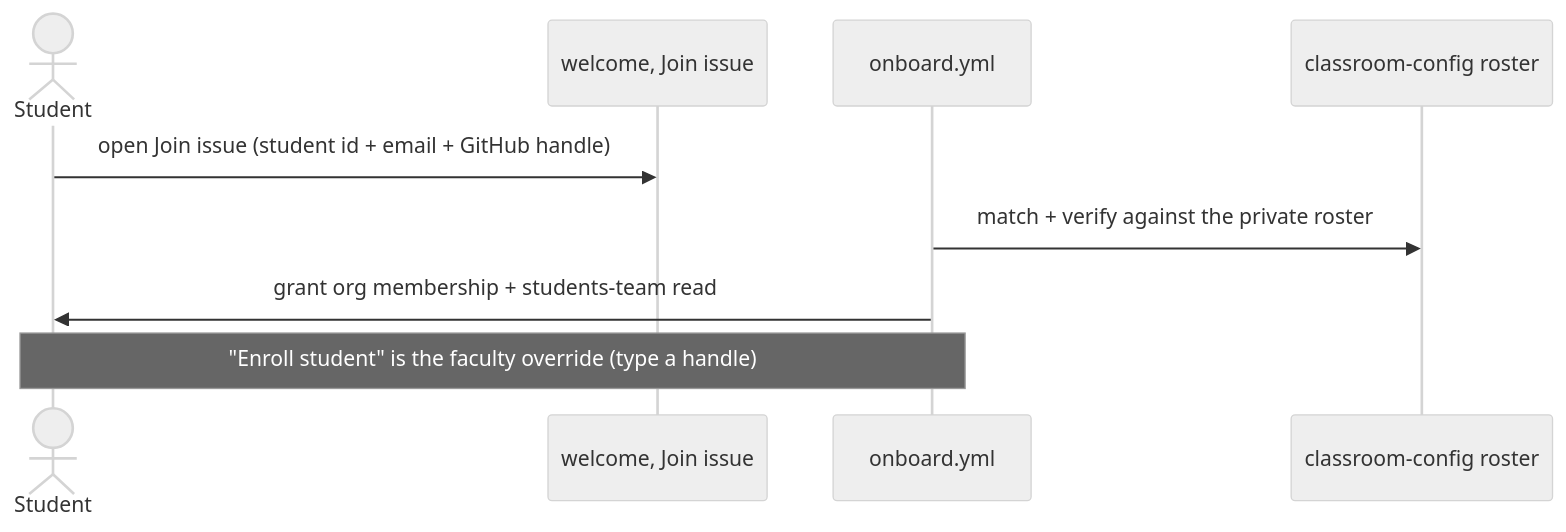
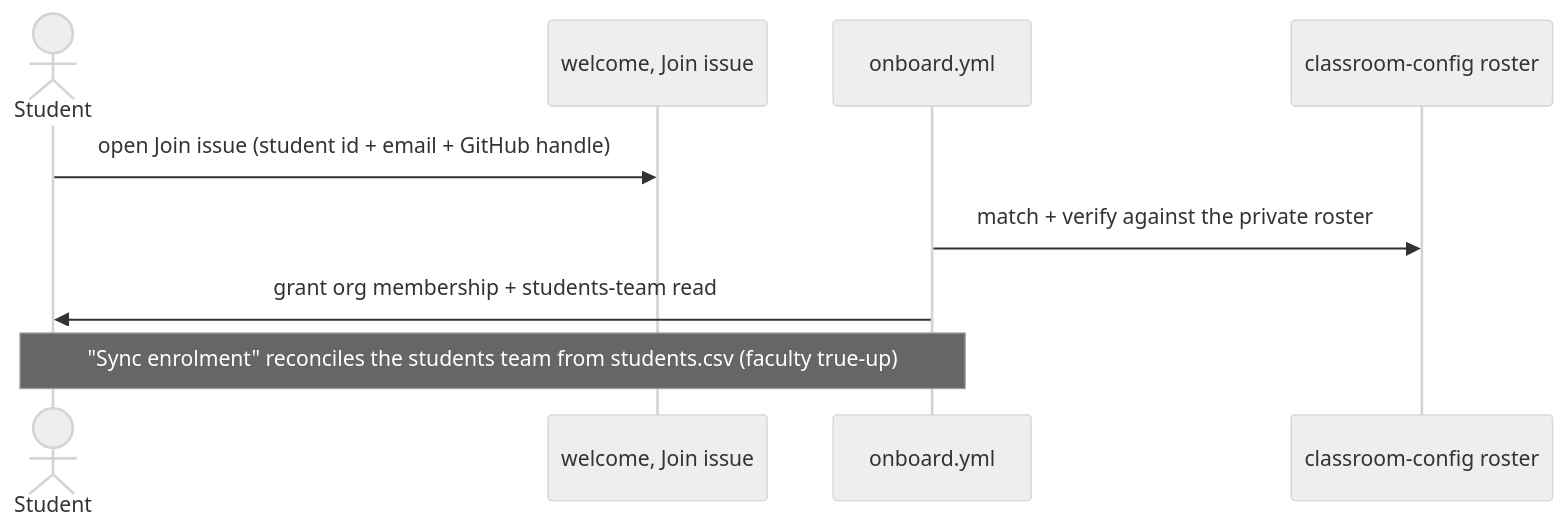
One commit to hertie-data-science-lab/dsl-teaching-course-setup changed the seventh of 9 diagrams in docs/ARCHITECTURE.md. Above: the diagram before and after it, drawn with Mermaid (neutral theme). The commit also changed other lines of this file and 7 other files, not shown here.

First line of the commit message:
refactor(enrolment): collapse enroll-student into one Sync enrolment reconcile

````diff
--- a/docs/ARCHITECTURE.md
+++ b/docs/ARCHITECTURE.md
@@ -172,11 +172,11 @@
 ```mermaid
 sequenceDiagram
   actor St as Student
   participant W as welcome, Join issue
   participant O as onboard.yml
   participant R as classroom-config roster
   St->>W: open Join issue (student id + email + GitHub handle)
   O->>R: match + verify against the private roster
   O->>St: grant org membership + students-team read
-  Note over O,St: "Enroll student" is the faculty override (type a handle)
+  Note over O,St: "Sync enrolment" reconciles the students team from students.csv (faculty true-up)
 ```
````
